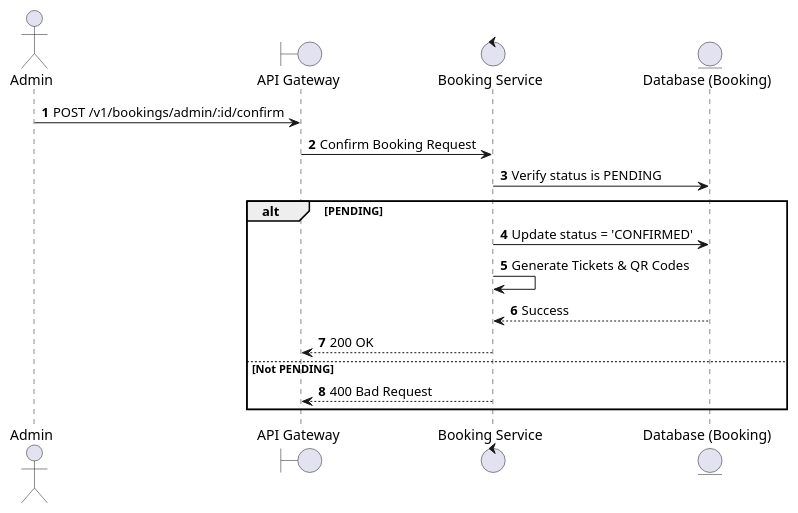
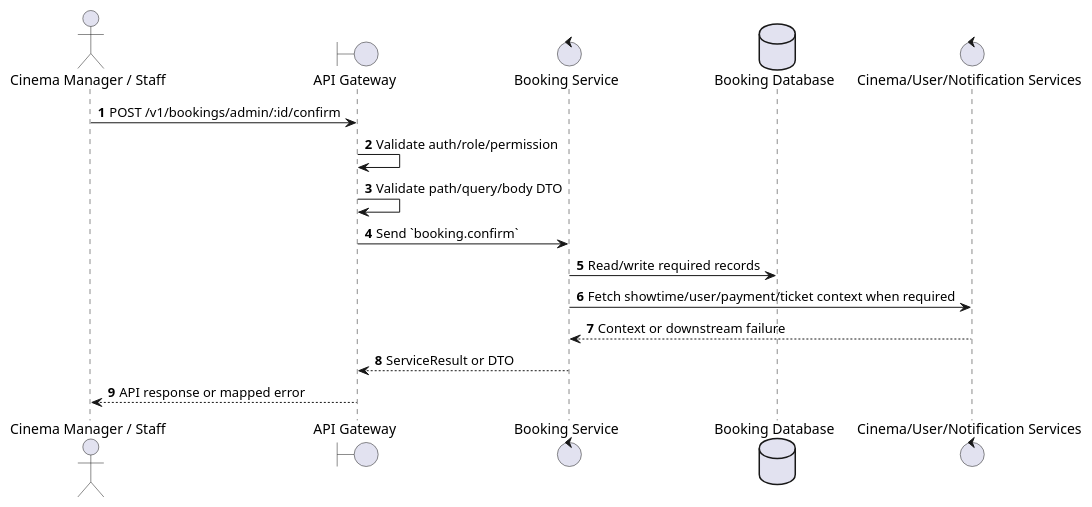
One commit to Tanh1603/movie-hub-architecture changed the first of 2 diagrams in docs/functional_specs/3.5.2_Admin_Booking_Operations/BK-A05_Confirm_Booking.md. Above: the diagram before and after it, drawn with PlantUML. The commit also changed other lines of this file and 126 other files, not shown here.

````diff
--- a/docs/functional_specs/3.5.2_Admin_Booking_Operations/BK-A05_Confirm_Booking.md
+++ b/docs/functional_specs/3.5.2_Admin_Booking_Operations/BK-A05_Confirm_Booking.md
@@ -17,21 +17,20 @@
 ```plantuml
 @startuml
 autonumber
-actor Admin
+actor "Cinema Manager / Staff" as Actor
 boundary "API Gateway" as GW
-control "Booking Service" as BS
-entity "Database (Booking)" as DB
+control "Booking Service" as SVC
+database "Booking Database" as DB
+control "Cinema/User/Notification Services" as EXT
 
-Admin -> GW: POST /v1/bookings/admin/:id/confirm
-GW -> BS: Confirm Booking Request
-BS -> DB: Verify status is PENDING
-alt PENDING
-    BS -> DB: Update status = 'CONFIRMED'
-    BS -> BS: Generate Tickets & QR Codes
-    DB --> BS: Success
-    BS --> GW: 200 OK
-else Not PENDING
-    BS --> GW: 400 Bad Request
-end
+Actor -> GW: POST /v1/bookings/admin/:id/confirm
+GW -> GW: Validate auth/role/permission
+GW -> GW: Validate path/query/body DTO
+GW -> SVC: Send `booking.confirm`
+SVC -> DB: Read/write required records
+SVC -> EXT: Fetch showtime/user/payment/ticket context when required
+EXT --> SVC: Context or downstream failure
+SVC --> GW: ServiceResult or DTO
+GW --> Actor: API response or mapped error
 @enduml
 ```
````
